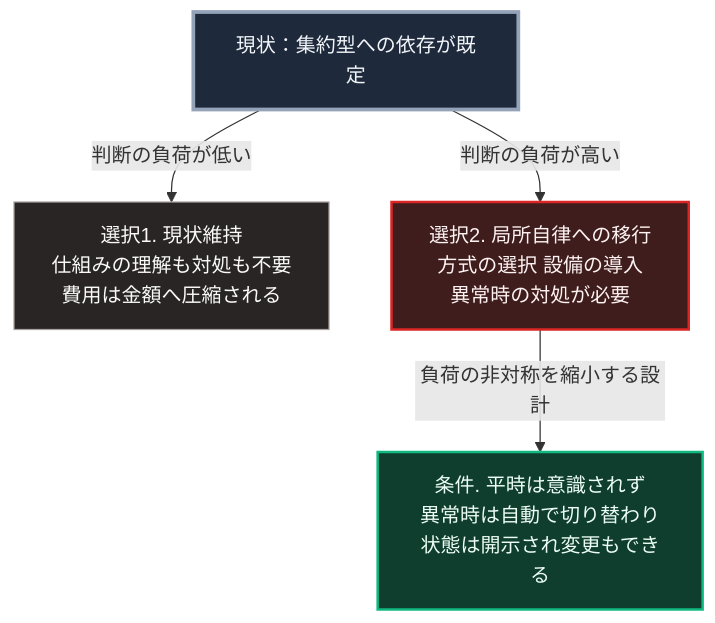
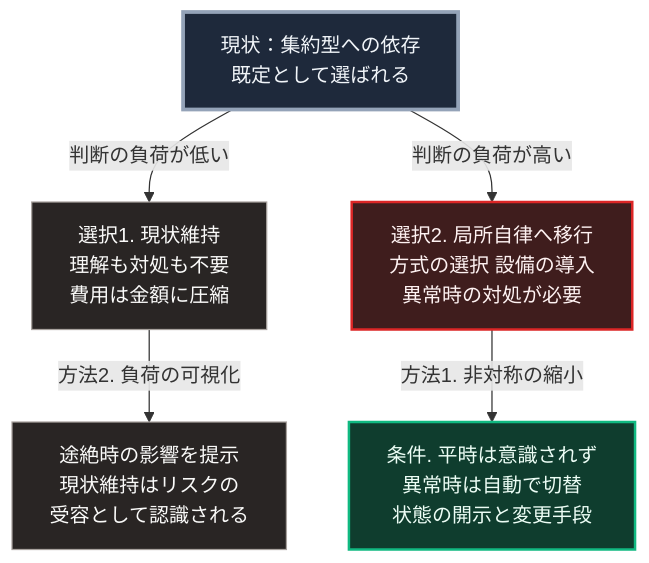
One commit to Takenori-Kusaka/zenn-content changed the diagram in books/sovereign-resilience-blueprint/20_autonomous-society-frictions.md. Above: the diagram before and after it, drawn with Mermaid. The commit also changed other lines of this file and 114 other files, not shown here.

````diff
--- a/books/sovereign-resilience-blueprint/20_autonomous-society-frictions.md
+++ b/books/sovereign-resilience-blueprint/20_autonomous-society-frictions.md
@@ -75,12 +75,14 @@
 ```mermaid
 flowchart TD
-    Q[現状：集約型への依存が既定]
-    Q -->|判断の負荷が低い| A[選択1. 現状維持<br>仕組みの理解も対処も不要<br>費用は金額へ圧縮される]
-    Q -->|判断の負荷が高い| B[選択2. 局所自律への移行<br>方式の選択 設備の導入<br>異常時の対処が必要]
-    B -->|負荷の非対称を縮小する設計| C[条件. 平時は意識されず<br>異常時は自動で切り替わり<br>状態は開示され変更もできる]
+    Q[現状：集約型への依存<br>既定として選ばれる]
+    Q -->|判断の負荷が低い| A[選択1. 現状維持<br>理解も対処も不要<br>費用は金額に圧縮]
+    Q -->|判断の負荷が高い| B[選択2. 局所自律へ移行<br>方式の選択 設備の導入<br>異常時の対処が必要]
+    A -->|方法2. 負荷の可視化| A2[途絶時の影響を提示<br>現状維持はリスクの<br>受容として認識される]
+    B -->|方法1. 非対称の縮小| C[条件. 平時は意識されず<br>異常時は自動で切替<br>状態の開示と変更手段]
 
     style Q fill:#1e293b,stroke:#94a3b8,stroke-width:3px,color:#f1f5f9
     style A fill:#292524,stroke:#a8a29e,color:#fafaf9
     style B fill:#3f1d1d,stroke:#dc2626,stroke-width:2px,color:#fef2f2
+    style A2 fill:#292524,stroke:#a8a29e,color:#fafaf9
     style C fill:#0f3d2e,stroke:#10b981,stroke-width:2px,color:#ecfdf5
 ```
````
